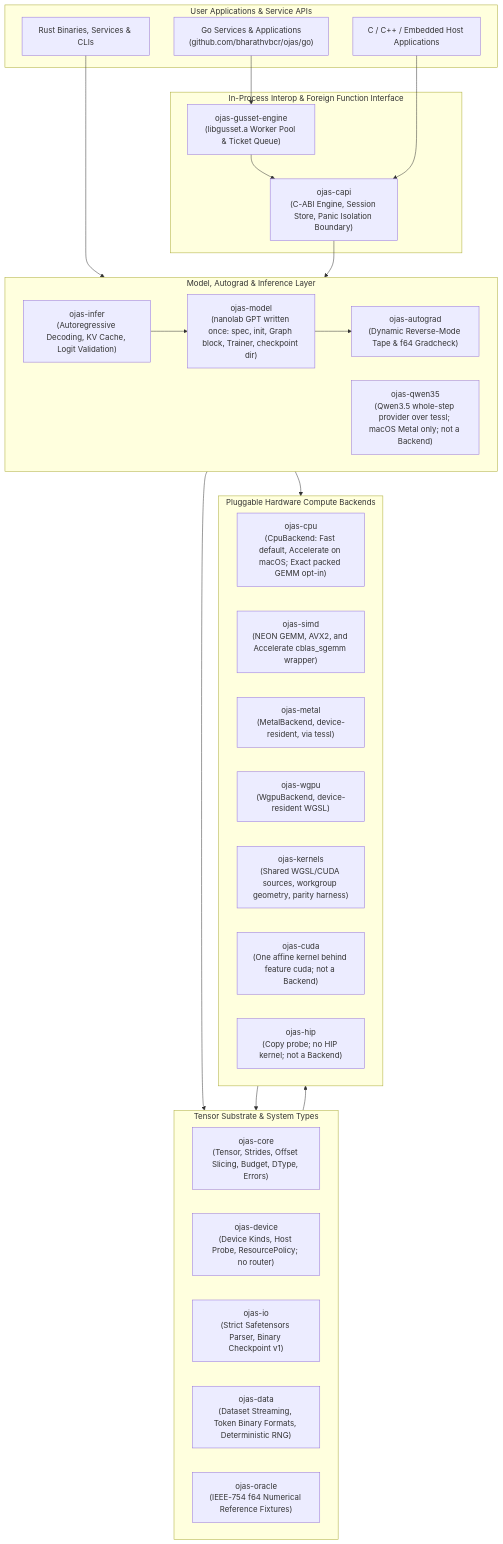
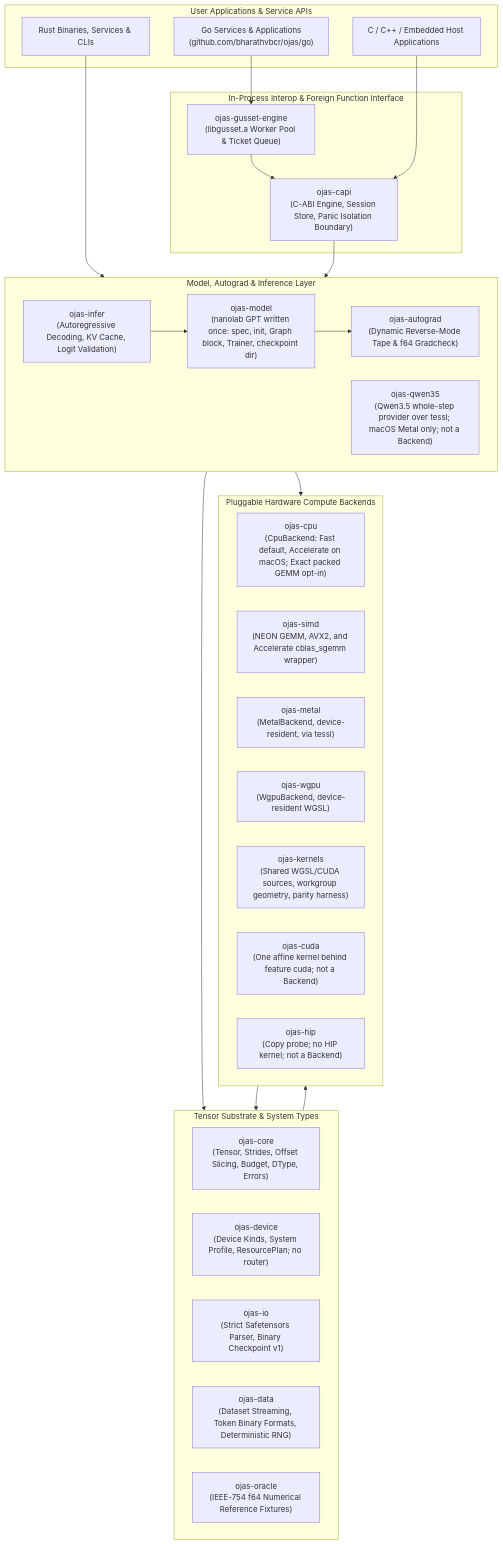
One commit to bharathvbcr/ojas changed the second of 8 diagrams in README.md. Above: the diagram before and after it, drawn with Mermaid. The commit also changed other lines of this file and 168 other files, not shown here.

Commit message:
Implement system profiling, adaptive resource planning, kernel optimizations, and update docs

````diff
--- a/README.md
+++ b/README.md
@@ -87,51 +87,51 @@
 ```mermaid
 flowchart TD
     subgraph Applications["User Applications & Service APIs"]
         GoApp["Go Services & Applications\n(github.com/bharathvbcr/ojas/go)"]
         RustApp["Rust Binaries, Services & CLIs"]
         ForeignApp["C / C++ / Embedded Host Applications"]
     end
 
     subgraph Interop["In-Process Interop & Foreign Function Interface"]
         Gusset["ojas-gusset-engine\n(libgusset.a Worker Pool & Ticket Queue)"]
         CAPI["ojas-capi\n(C-ABI Engine, Session Store, Panic Isolation Boundary)"]
     end
 
     subgraph HighLevel["Model, Autograd & Inference Layer"]
         Infer["ojas-infer\n(Autoregressive Decoding, KV Cache, Logit Validation)"]
         Autograd["ojas-autograd\n(Dynamic Reverse-Mode Tape & f64 Gradcheck)"]
         Model["ojas-model\n(nanolab GPT written once: spec, init, Graph block, Trainer, checkpoint dir)"]
         Qwen35["ojas-qwen35\n(Qwen3.5 whole-step provider over tessl; macOS Metal only; not a Backend)"]
     end
 
     subgraph CoreEngine["Tensor Substrate & System Types"]
         Core["ojas-core\n(Tensor, Strides, Offset Slicing, Budget, DType, Errors)"]
-        Device["ojas-device\n(Device Kinds, Host Probe, ResourcePolicy; no router)"]
+        Device["ojas-device\n(Device Kinds, System Profile, ResourcePlan; no router)"]
         IO["ojas-io\n(Strict Safetensors Parser, Binary Checkpoint v1)"]
         Data["ojas-data\n(Dataset Streaming, Token Binary Formats, Deterministic RNG)"]
         Oracle["ojas-oracle\n(IEEE-754 f64 Numerical Reference Fixtures)"]
     end
 
     subgraph HardwareBackends["Pluggable Hardware Compute Backends"]
         CPU["ojas-cpu\n(CpuBackend: Fast default, Accelerate on macOS; Exact packed GEMM opt-in)"]
         SIMD["ojas-simd\n(NEON GEMM, AVX2, and Accelerate cblas_sgemm wrapper)"]
         Metal["ojas-metal\n(MetalBackend, device-resident, via tessl)"]
         WGPU["ojas-wgpu\n(WgpuBackend, device-resident WGSL)"]
         Kernels["ojas-kernels\n(Shared WGSL/CUDA sources, workgroup geometry, parity harness)"]
         CUDA["ojas-cuda\n(One affine kernel behind feature cuda; not a Backend)"]
         HIP["ojas-hip\n(Copy probe; no HIP kernel; not a Backend)"]
     end
 
     GoApp --> Gusset
     Gusset --> CAPI
     ForeignApp --> CAPI
     RustApp --> HighLevel
     CAPI --> HighLevel
     Infer --> Model
     Model --> Autograd
 
     HighLevel --> CoreEngine
     HighLevel --> HardwareBackends
     HardwareBackends --> CoreEngine
     CoreEngine --> HardwareBackends
 ```
````
